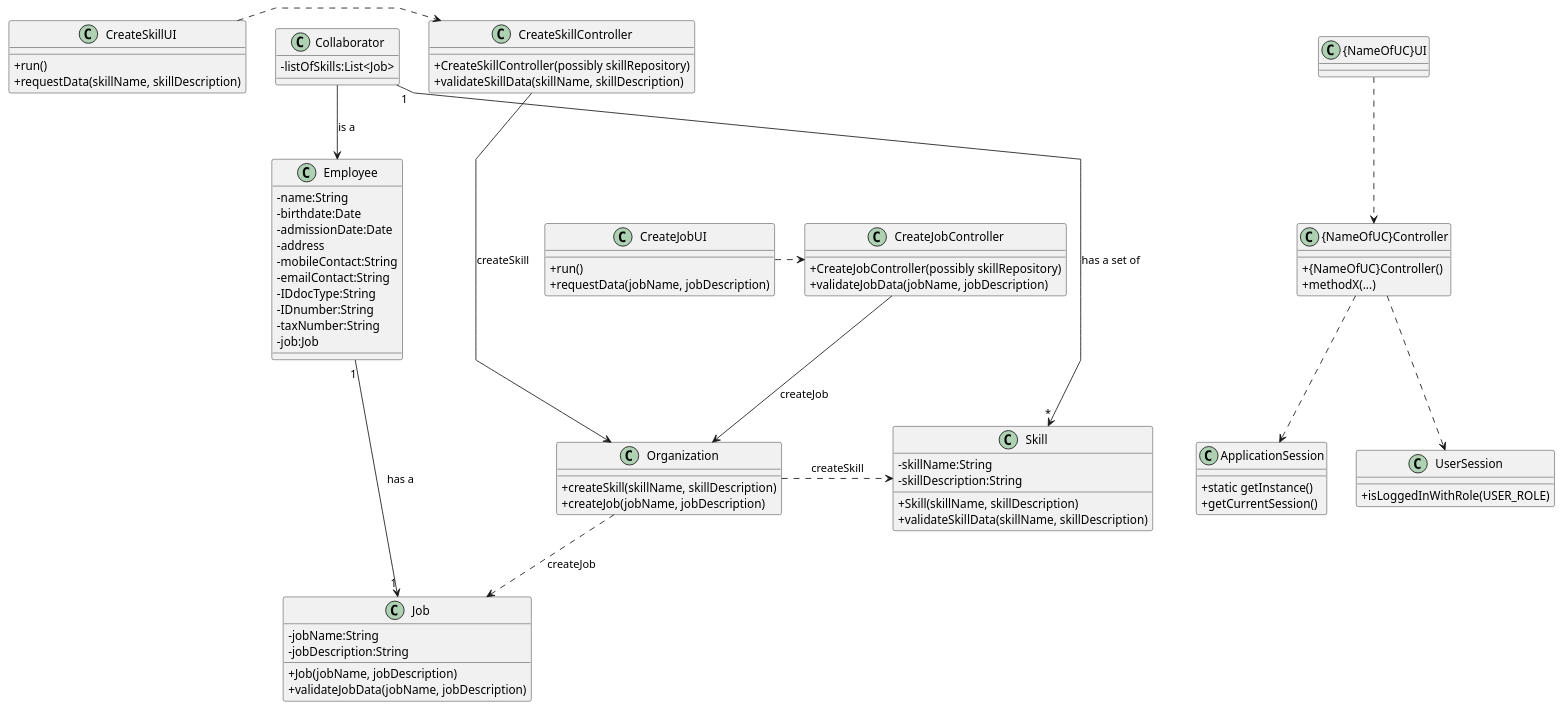
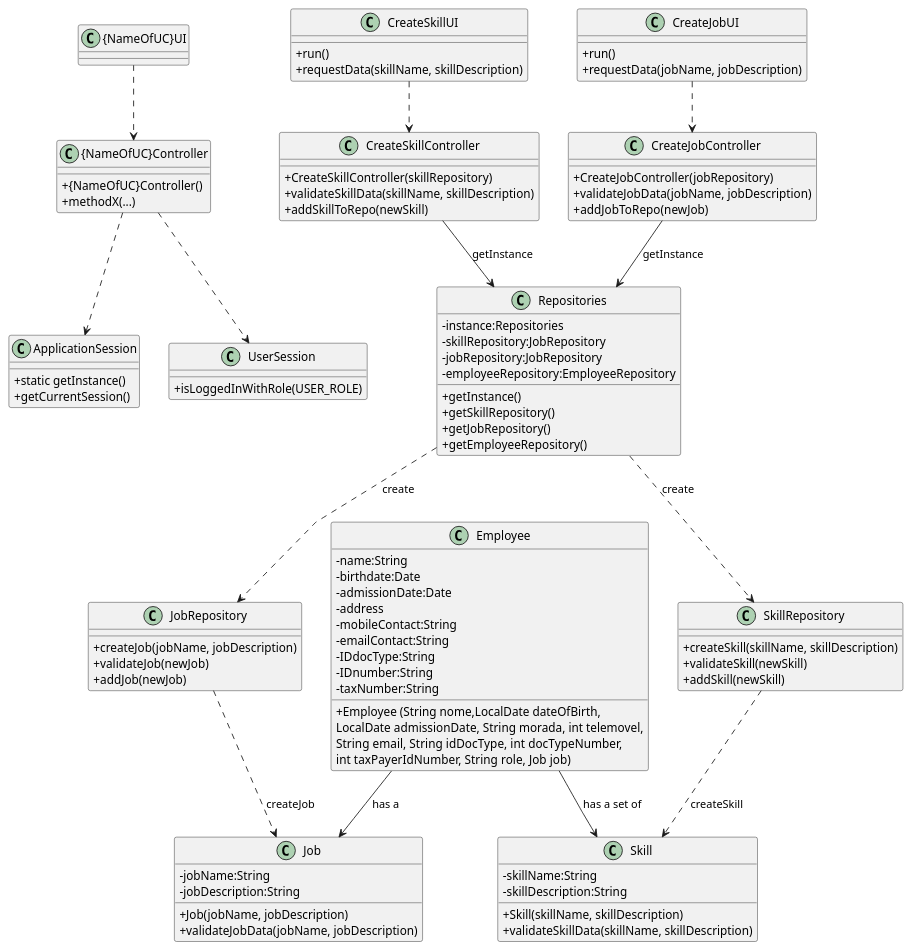
Before and after one commit to Paulo-Pereira-at-ISEP/lei-24-s2-1nanb-g321: the diagram in docs/sprintB/global-artifacts/03.design/puml/class-diagram.puml, drawn with PlantUML.

Commit message:
LGGPM-108 - Global - Design - Class diagram update

```diff
--- a/docs/sprintB/global-artifacts/03.design/puml/class-diagram.puml
+++ b/docs/sprintB/global-artifacts/03.design/puml/class-diagram.puml
@@ -1,118 +1,135 @@
 @startuml
 skinparam classAttributeIconSize 0
 skinparam linetype polyline
 
 
 class ApplicationSession
 {
   +static getInstance()
   +getCurrentSession()
 }
 
 class UserSession
 {
   +isLoggedInWithRole(USER_ROLE)
 }
 
 class "{NameOfUC}Controller" {
     + {NameOfUC}Controller()
     + methodX(...)
 }
 
 class "{NameOfUC}UI" {
 }
 
 
 
+class CreateJobController {
+    + CreateJobController(jobRepository)
+    + validateJobData(jobName, jobDescription)
+    + addJobToRepo(newJob)
+
+}
+
 
 class CreateJobUI {
     +run()
     +requestData(jobName, jobDescription)
 }
 
-
-
-
-
-class CreateSkillUI {
-    +run()
-    +requestData(skillName, skillDescription)
-}
-
-
-class CreateSkillController {
-    + CreateSkillController(possibly skillRepository)
-    + validateSkillData(skillName, skillDescription)
-
-}
-
-class CreateJobController {
-    + CreateJobController(possibly skillRepository)
-    + validateJobData(jobName, jobDescription)
-
-}
 
 
 class Employee{
     -name:String
     -birthdate:Date
     -admissionDate:Date
     -address
     -mobileContact:String
     -emailContact:String
     -IDdocType:String
     -IDnumber:String
     -taxNumber:String
-    -job:Job
+
+    +Employee (String nome,LocalDate dateOfBirth,\nLocalDate admissionDate, String morada, int telemovel,\nString email, String idDocType, int docTypeNumber,\nint taxPayerIdNumber, String role, Job job)
+}
+
+class Repositories{
+    - instance:Repositories
+    - skillRepository:JobRepository
+    - jobRepository:JobRepository
+    - employeeRepository:EmployeeRepository
+
+
+    + getInstance()
+    + getSkillRepository()
+    + getJobRepository()
+    + getEmployeeRepository()
+}
+
+class JobRepository{
+    + createJob(jobName, jobDescription)
+    + validateJob(newJob)
+    + addJob(newJob)
+}
+
+class Job {
+    -jobName:String
+    -jobDescription:String
+
+    +Job(jobName, jobDescription)
+    +validateJobData(jobName, jobDescription)
+}
+
+
+class CreateSkillController {
+    + CreateSkillController(skillRepository)
+    + validateSkillData(skillName, skillDescription)
+    + addSkillToRepo(newSkill)
 
 }
 
-class Collaborator {
-    -listOfSkills:List<Job>
+
+class CreateSkillUI {
+    +run()
+    +requestData(skillName, skillDescription)
 }
 
-class Organization {
-    +createSkill(skillName, skillDescription)
-    +createJob(jobName, jobDescription)
+
+
+class SkillRepository{
+    + createSkill(skillName, skillDescription)
+    + validateSkill(newSkill)
+    + addSkill(newSkill)
 }
-
 
 class Skill {
     -skillName:String
     -skillDescription:String
 
     +Skill(skillName, skillDescription)
     +validateSkillData(skillName, skillDescription)
 }
 
 
-class Job {
-    -jobName:String
-    -jobDescription:String
 
-    +Job(jobName, jobDescription)
-    +validateJobData(jobName, jobDescription)
-}
+CreateJobUI ..> CreateJobController
+
+CreateJobController -->  Repositories : getInstance
+Repositories ..> JobRepository : create
+JobRepository ..> Job : createJob
+Employee --> Job : has a
 
 
-CreateJobUI .> CreateJobController
-CreateSkillUI .> CreateSkillController
+CreateSkillUI ..> CreateSkillController
 
-CreateJobController -->  Organization : createJob
-CreateSkillController --->  Organization : createSkill
-
-Collaborator "1" ---> "*" Skill : has a set of
-Employee "1" ---> "1" Job : has a
-
-Organization .> Skill : createSkill
-Organization .> Job : createJob
-
-Collaborator --> Employee : is a
-
+CreateSkillController -->  Repositories : getInstance
+Repositories ..> SkillRepository : create
+SkillRepository ..> Skill : createSkill
+Employee --> Skill : has a set of
 
 
 "{NameOfUC}UI" ..> "{NameOfUC}Controller"
 "{NameOfUC}Controller" ..> ApplicationSession
 "{NameOfUC}Controller" ..> UserSession
 
 @enduml
```
